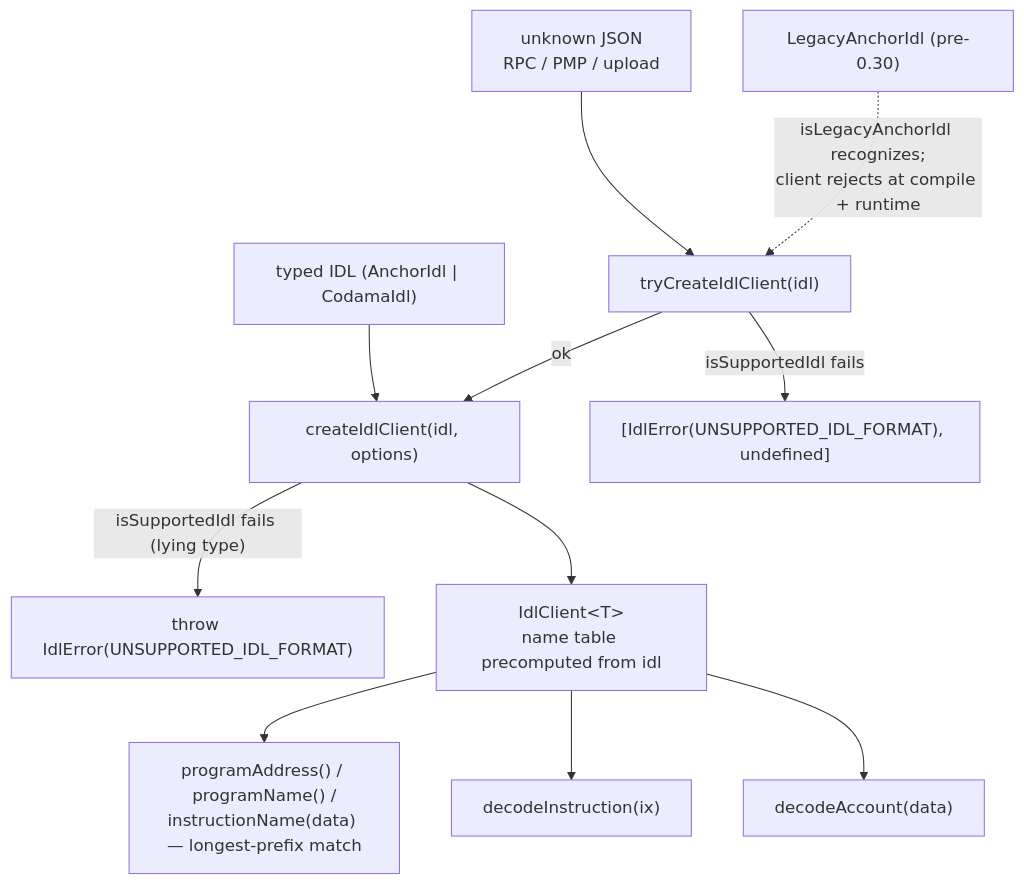
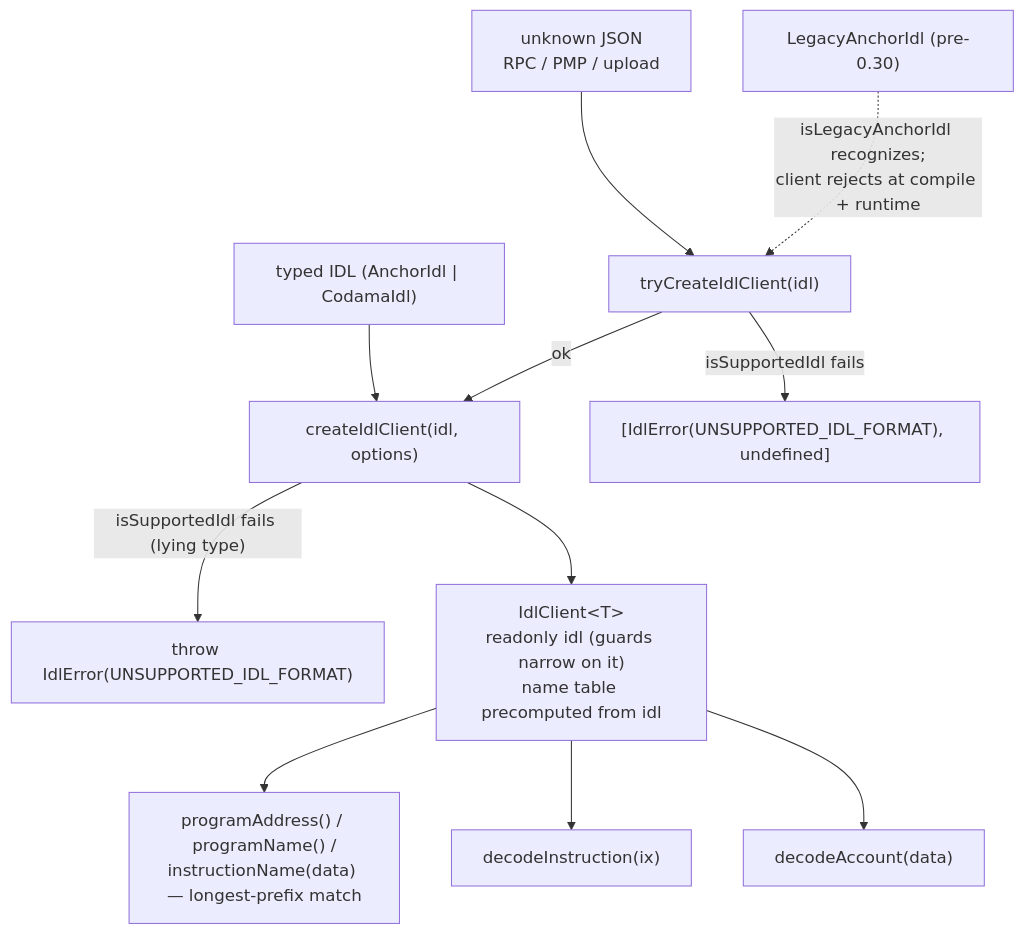
Before and after one commit to hoodieshq/explorer: the first of 2 diagrams in packages/idl/openspec/changes/document-idl-client/design.md, drawn with Mermaid. The commit also changed other lines of this file and 1 other file, not shown here.

Commit message:
docs(idl): sync openspec proposal and design with shipped client

````diff
--- a/packages/idl/openspec/changes/document-idl-client/design.md
+++ b/packages/idl/openspec/changes/document-idl-client/design.md
@@ -9,13 +14,13 @@
 ```mermaid
 flowchart TD
     RAW[unknown JSON<br/>RPC / PMP / upload] --> TRY["tryCreateIdlClient(idl)"]
     TYPED["typed IDL (AnchorIdl | CodamaIdl)"] --> CREATE["createIdlClient(idl, options)"]
     TRY -->|"isSupportedIdl fails"| ERR["[IdlError(UNSUPPORTED_IDL_FORMAT), undefined]"]
     TRY -->|ok| CREATE
     CREATE -->|"isSupportedIdl fails (lying type)"| THROW["throw IdlError(UNSUPPORTED_IDL_FORMAT)"]
-    CREATE --> CLIENT["IdlClient&lt;T&gt;<br/>name table precomputed from idl"]
+    CREATE --> CLIENT["IdlClient&lt;T&gt;<br/>readonly idl (guards narrow on it)<br/>name table precomputed from idl"]
     CLIENT --> META["programAddress() / programName() /<br/>instructionName(data) — longest-prefix match"]
     CLIENT --> DI["decodeInstruction(ix)"]
     CLIENT --> DA["decodeAccount(data)"]
     LEGACY["LegacyAnchorIdl (pre-0.30)"] -. "isLegacyAnchorIdl recognizes;<br/>client rejects at compile + runtime" .-> TRY
 ```
````
